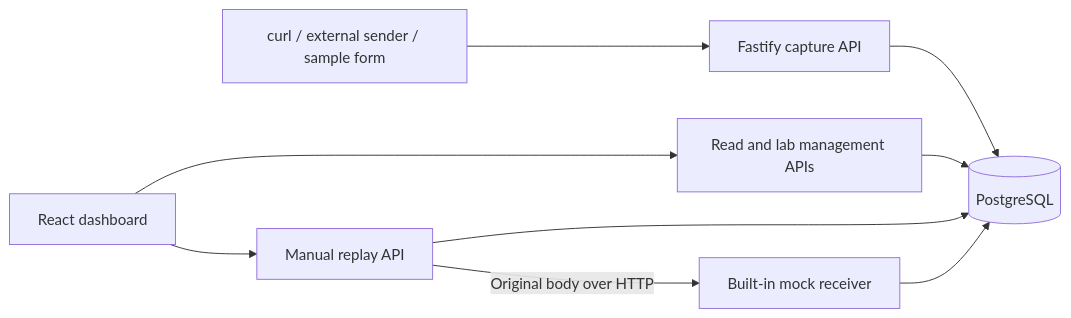
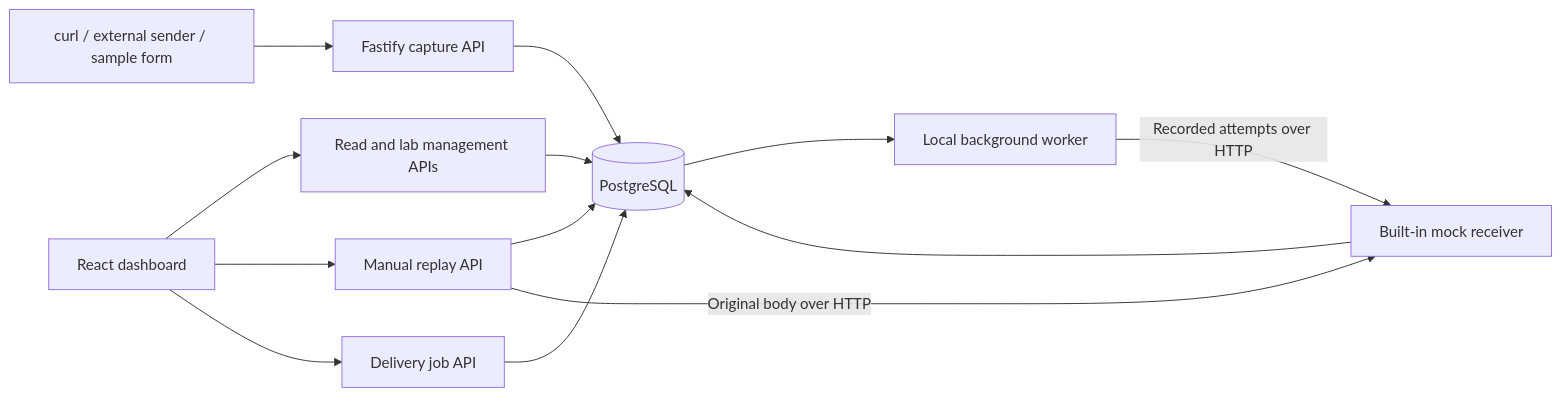
One commit to Taketsuru4/webhook-lab changed the diagram in README.md. Above: the diagram before and after it, drawn with Mermaid. The commit also changed other lines of this file and 17 other files, not shown here.

Commit message:
Add durable local delivery jobs with retries and cancellation

````diff
--- a/README.md
+++ b/README.md
@@ -108,11 +119,15 @@
 ```mermaid
 flowchart LR
     Sender[curl / external sender / sample form] --> API[Fastify capture API]
     API --> DB[(PostgreSQL)]
     UI[React dashboard] --> Management[Read and lab management APIs]
     Management --> DB
     UI --> Replay[Manual replay API]
     Replay --> DB
     Replay -->|Original body over HTTP| Mock[Built-in mock receiver]
     Mock --> DB
+    UI --> Queue[Delivery job API]
+    Queue --> DB
+    DB --> Worker[Local background worker]
+    Worker -->|Recorded attempts over HTTP| Mock
 ```
````
